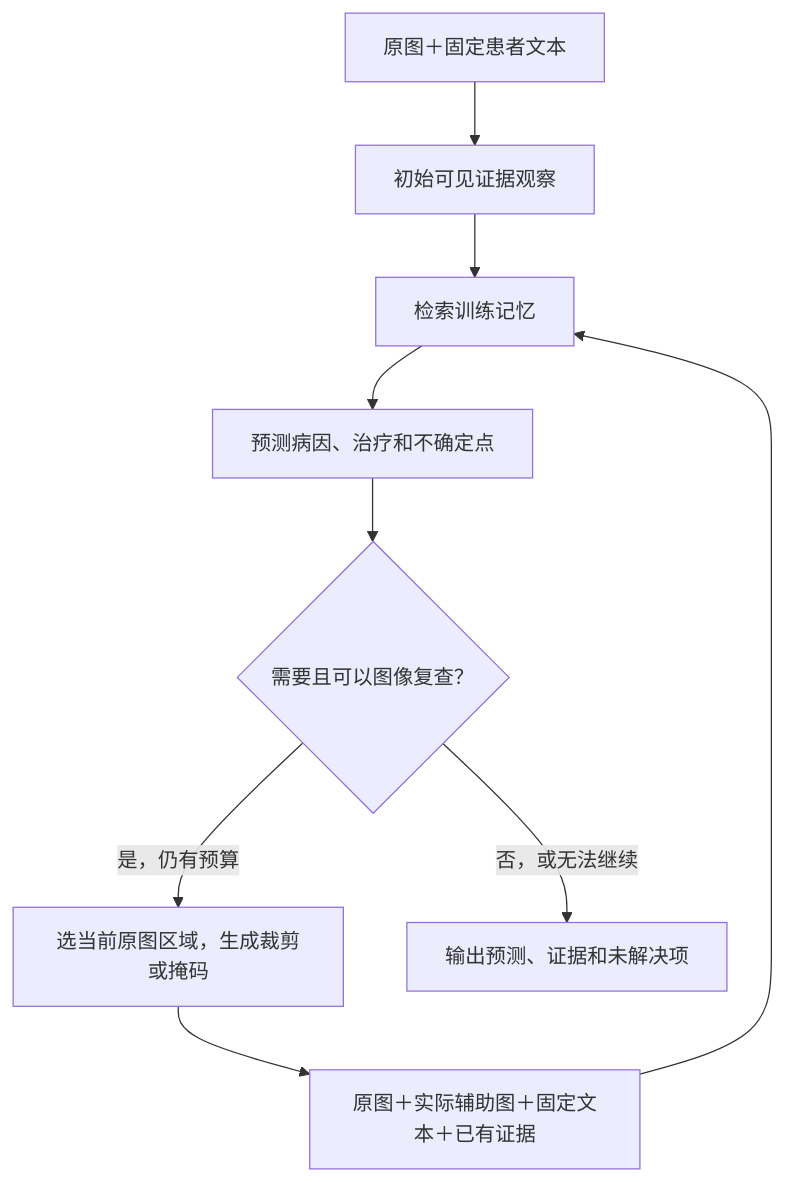
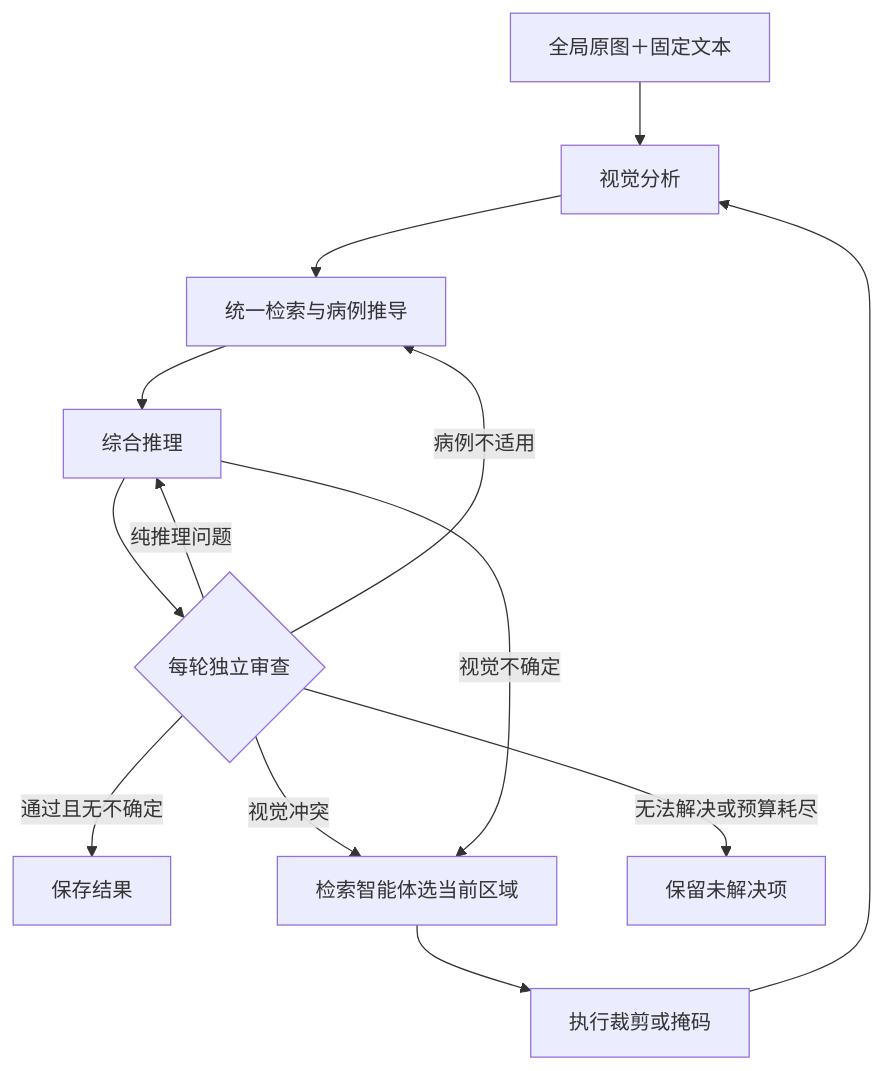
One commit to yun1232/MedDental changed the diagram in integrations/oral-memory/BATCH.zh.md. Above: the diagram before and after it, drawn with Mermaid. The commit also changed other lines of this file and 14 other files, not shown here.

````diff
--- a/integrations/oral-memory/BATCH.zh.md
+++ b/integrations/oral-memory/BATCH.zh.md
@@ -23,11 +40,15 @@
 ```mermaid
 flowchart TD
-    A["原图＋固定患者文本"] --> B["初始可见证据观察"]
-    B --> C["检索训练记忆"]
-    C --> D["预测病因、治疗和不确定点"]
-    D --> E{"需要且可以图像复查？"}
-    E -->|"是，仍有预算"| F["选当前原图区域，生成裁剪或掩码"]
-    F --> G["原图＋实际辅助图＋固定文本＋已有证据"]
-    G --> C
-    E -->|"否，或无法继续"| H["输出预测、证据和未解决项"]
+    A["全局原图＋固定文本"] --> V["视觉分析"]
+    V --> M["统一检索与病例推导"]
+    M --> R["综合推理"]
+    R --> C{"每轮独立审查"}
+    C -->|"通过且无不确定"| O["保存结果"]
+    C -->|"纯推理问题"| R
+    C -->|"病例不适用"| M
+    C -->|"视觉冲突"| L["检索智能体选当前区域"]
+    R -->|"视觉不确定"| L
+    L --> P["执行裁剪或掩码"]
+    P --> V
+    C -->|"无法解决或预算耗尽"| U["保留未解决项"]
 ```
````
